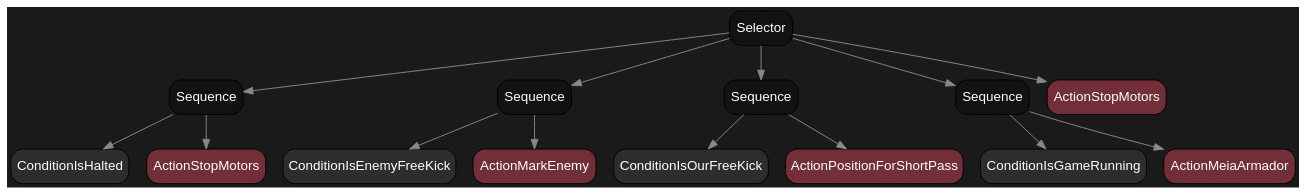
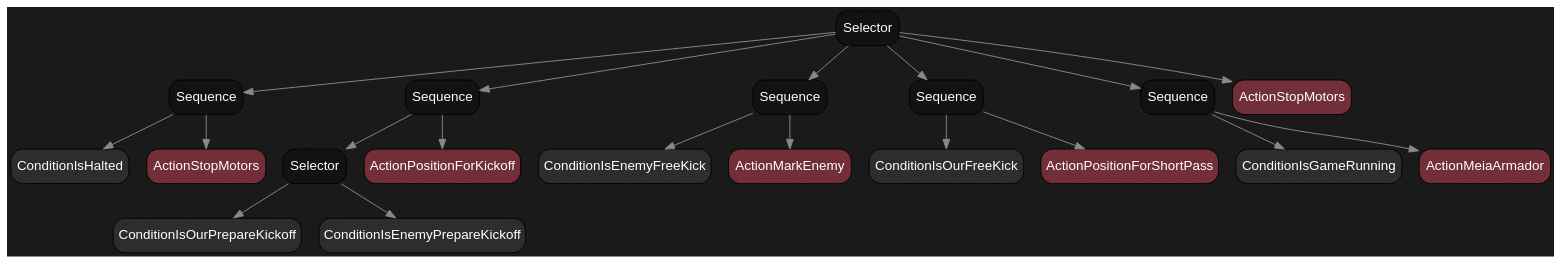
One commit to Danielgmichels/labind-ssl-ai changed the diagram in diagramas/mapa_arvore_meia_armador.dot. Above: the diagram before and after it, drawn with Graphviz. The commit also changed 13 other files, not shown here.

```diff
--- a/diagramas/mapa_arvore_meia_armador.dot
+++ b/diagramas/mapa_arvore_meia_armador.dot
@@ -1,31 +1,41 @@
 digraph BehaviorTree {
     bgcolor="#1a1a1a";
     node [shape=box, style="filled,rounded", fontname="Arial", color="#000000", penwidth=1];
-    "140264501900816" [label="Selector", fillcolor="#121212", fontcolor="white"];
-    "140264501900816" -> "140264501899952" [color="#888888"];
-    "140264501899952" [label="Sequence", fillcolor="#121212", fontcolor="white"];
-    "140264501899952" -> "140264501899856" [color="#888888"];
-    "140264501899856" [label="ConditionIsHalted", fillcolor="#2d2d2d", fontcolor="white"];
-    "140264501899952" -> "140264501899904" [color="#888888"];
-    "140264501899904" [label="ActionStopMotors", fillcolor="#722F37", fontcolor="white"];
-    "140264501900816" -> "140264501900192" [color="#888888"];
-    "140264501900192" [label="Sequence", fillcolor="#121212", fontcolor="white"];
-    "140264501900192" -> "140264501900048" [color="#888888"];
-    "140264501900048" [label="ConditionIsEnemyFreeKick", fillcolor="#2d2d2d", fontcolor="white"];
-    "140264501900192" -> "140264501900096" [color="#888888"];
-    "140264501900096" [label="ActionMarkEnemy", fillcolor="#722F37", fontcolor="white"];
-    "140264501900816" -> "140264501900432" [color="#888888"];
-    "140264501900432" [label="Sequence", fillcolor="#121212", fontcolor="white"];
-    "140264501900432" -> "140264501900288" [color="#888888"];
-    "140264501900288" [label="ConditionIsOurFreeKick", fillcolor="#2d2d2d", fontcolor="white"];
-    "140264501900432" -> "140264501900336" [color="#888888"];
-    "140264501900336" [label="ActionPositionForShortPass", fillcolor="#722F37", fontcolor="white"];
-    "140264501900816" -> "140264501900624" [color="#888888"];
-    "140264501900624" [label="Sequence", fillcolor="#121212", fontcolor="white"];
-    "140264501900624" -> "140264501900528" [color="#888888"];
-    "140264501900528" [label="ConditionIsGameRunning", fillcolor="#2d2d2d", fontcolor="white"];
-    "140264501900624" -> "140264501900576" [color="#888888"];
-    "140264501900576" [label="ActionMeiaArmador", fillcolor="#722F37", fontcolor="white"];
-    "140264501900816" -> "140264501900720" [color="#888888"];
-    "140264501900720" [label="ActionStopMotors", fillcolor="#722F37", fontcolor="white"];
+    "140711293948816" [label="Selector", fillcolor="#121212", fontcolor="white"];
+    "140711293948816" -> "140711293947760" [color="#888888"];
+    "140711293947760" [label="Sequence", fillcolor="#121212", fontcolor="white"];
+    "140711293947760" -> "140711293947664" [color="#888888"];
+    "140711293947664" [label="ConditionIsHalted", fillcolor="#2d2d2d", fontcolor="white"];
+    "140711293947760" -> "140711293947712" [color="#888888"];
+    "140711293947712" [label="ActionStopMotors", fillcolor="#722F37", fontcolor="white"];
+    "140711293948816" -> "140711293947952" [color="#888888"];
+    "140711293947952" [label="Sequence", fillcolor="#121212", fontcolor="white"];
+    "140711293947952" -> "140711303991776" [color="#888888"];
+    "140711303991776" [label="Selector", fillcolor="#121212", fontcolor="white"];
+    "140711303991776" -> "140711303991824" [color="#888888"];
+    "140711303991824" [label="ConditionIsOurPrepareKickoff", fillcolor="#2d2d2d", fontcolor="white"];
+    "140711303991776" -> "140711303991872" [color="#888888"];
+    "140711303991872" [label="ConditionIsEnemyPrepareKickoff", fillcolor="#2d2d2d", fontcolor="white"];
+    "140711293947952" -> "140711293947856" [color="#888888"];
+    "140711293947856" [label="ActionPositionForKickoff", fillcolor="#722F37", fontcolor="white"];
+    "140711293948816" -> "140711293948192" [color="#888888"];
+    "140711293948192" [label="Sequence", fillcolor="#121212", fontcolor="white"];
+    "140711293948192" -> "140711293948048" [color="#888888"];
+    "140711293948048" [label="ConditionIsEnemyFreeKick", fillcolor="#2d2d2d", fontcolor="white"];
+    "140711293948192" -> "140711293948096" [color="#888888"];
+    "140711293948096" [label="ActionMarkEnemy", fillcolor="#722F37", fontcolor="white"];
+    "140711293948816" -> "140711293948432" [color="#888888"];
+    "140711293948432" [label="Sequence", fillcolor="#121212", fontcolor="white"];
+    "140711293948432" -> "140711293948288" [color="#888888"];
+    "140711293948288" [label="ConditionIsOurFreeKick", fillcolor="#2d2d2d", fontcolor="white"];
+    "140711293948432" -> "140711293948336" [color="#888888"];
+    "140711293948336" [label="ActionPositionForShortPass", fillcolor="#722F37", fontcolor="white"];
+    "140711293948816" -> "140711293948624" [color="#888888"];
+    "140711293948624" [label="Sequence", fillcolor="#121212", fontcolor="white"];
+    "140711293948624" -> "140711293948528" [color="#888888"];
+    "140711293948528" [label="ConditionIsGameRunning", fillcolor="#2d2d2d", fontcolor="white"];
+    "140711293948624" -> "140711293948576" [color="#888888"];
+    "140711293948576" [label="ActionMeiaArmador", fillcolor="#722F37", fontcolor="white"];
+    "140711293948816" -> "140711293948720" [color="#888888"];
+    "140711293948720" [label="ActionStopMotors", fillcolor="#722F37", fontcolor="white"];
 }
```
